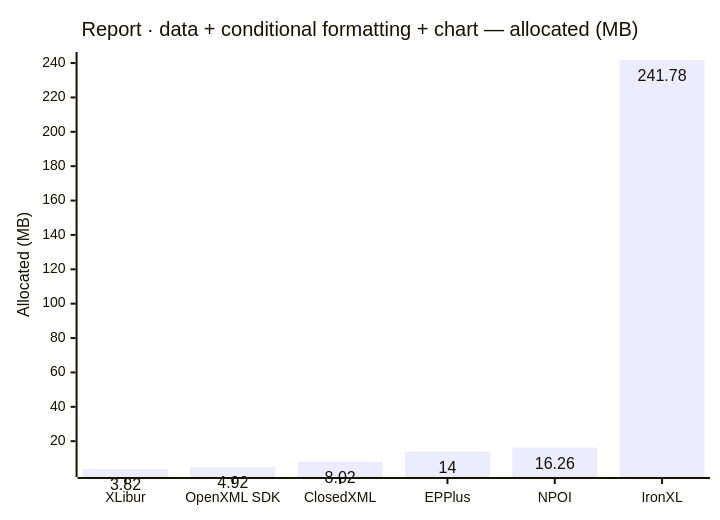
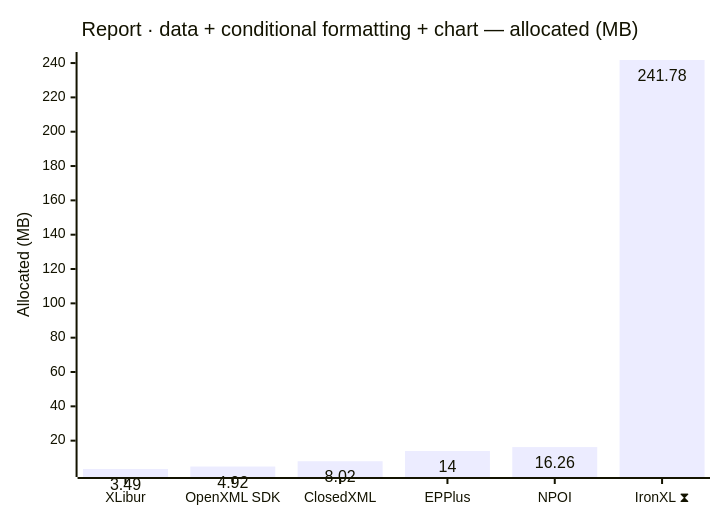
Before and after one commit to jafin/XLBench: the eighth of 8 diagrams in docs/results.md, drawn with Mermaid. The commit also changed other lines of this file and 2 other files, not shown here.

First line of the commit message:
docs: refresh benchmark results on XLibur 0.200.0

````diff
--- a/docs/results.md
+++ b/docs/results.md
@@ -126,12 +130,12 @@
 ```mermaid
 ---
 config:
   xyChart:
     showDataLabel: true
 ---
 xychart-beta
     title "Report · data + conditional formatting + chart — allocated (MB)"
-    x-axis ["XLibur", "OpenXML SDK", "ClosedXML", "EPPlus", "NPOI", "IronXL"]
+    x-axis ["XLibur", "OpenXML SDK", "ClosedXML", "EPPlus", "NPOI", "IronXL ⧗"]
     y-axis "Allocated (MB)"
-    bar [3.82, 4.92, 8.02, 14, 16.26, 241.78]
+    bar [3.49, 4.92, 8.02, 14, 16.26, 241.78]
 ```
````
